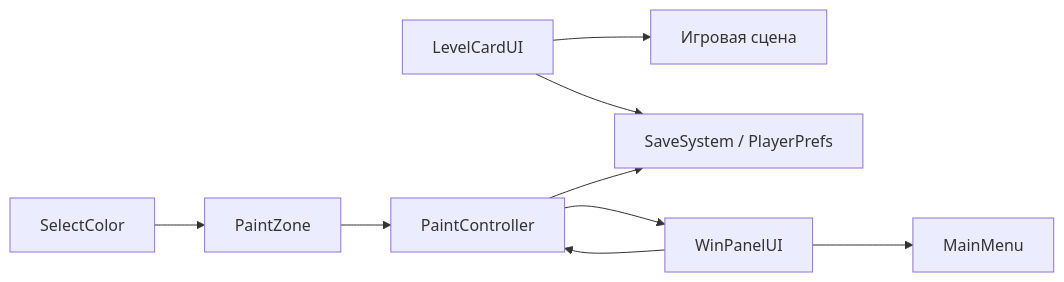
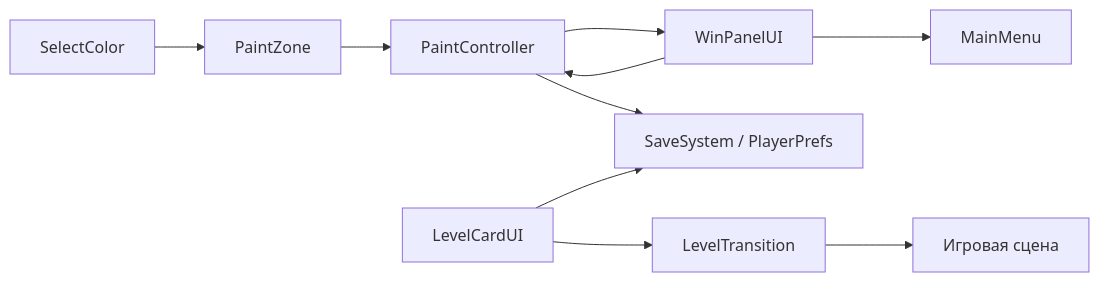
One commit to AntonVokun/PaintByNumbersGame changed the diagram in docs/PROJECT_MAP.md. Above: the diagram before and after it, drawn with Mermaid. The commit also changed other lines of this file and 43 other files, not shown here.

````diff
--- a/docs/PROJECT_MAP.md
+++ b/docs/PROJECT_MAP.md
@@ -38,11 +41,12 @@
 ```mermaid
 flowchart LR
-  Card[LevelCardUI] --> Scene[Игровая сцена]
+  Card[LevelCardUI] --> Loading[LevelTransition]
+  Loading --> Scene[Игровая сцена]
   Select[SelectColor] --> Zone[PaintZone]
   Zone --> Controller[PaintController]
   Controller --> Save[SaveSystem / PlayerPrefs]
   Card --> Save
   Controller --> Win[WinPanelUI]
   Win --> Controller
   Win --> Menu[MainMenu]
 ```
````
